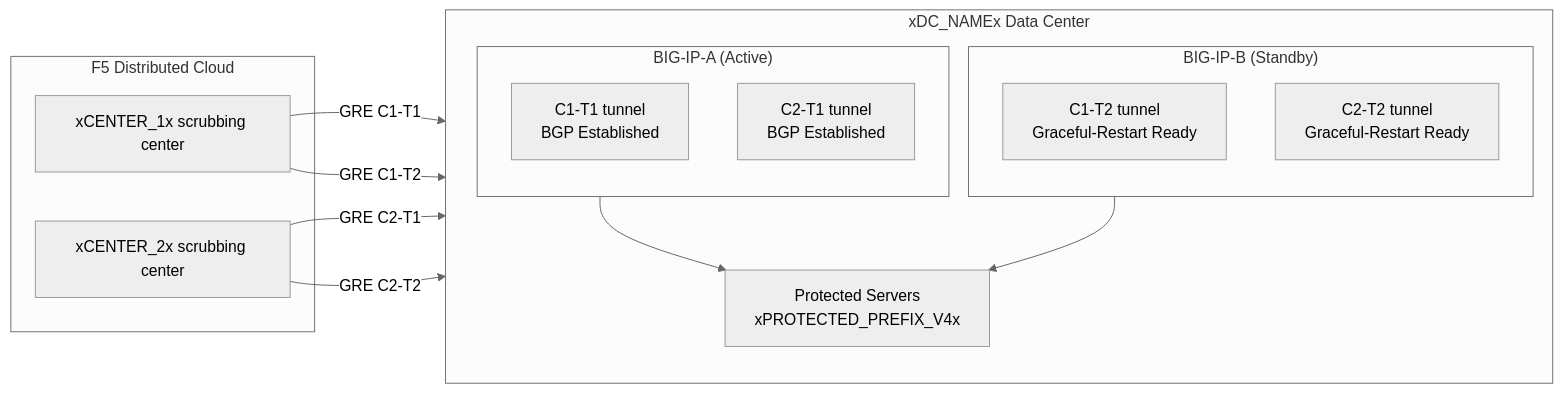
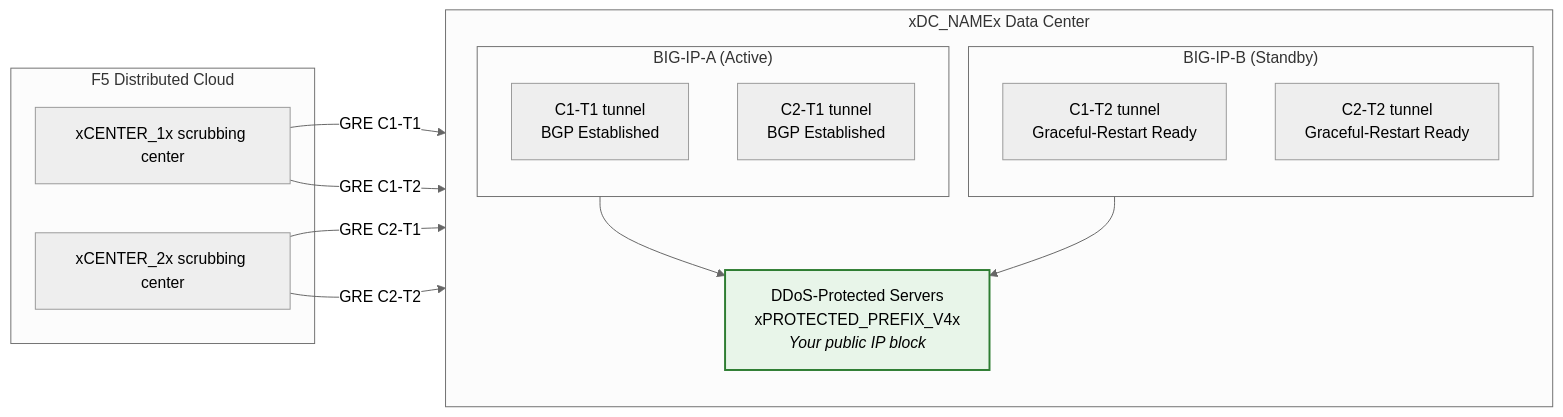
One commit to robinmordasiewicz/f5xc-bigip-ddos-gre changed the fourth of 4 diagrams in docs/index.md. Above: the diagram before and after it, drawn with Mermaid (neutral theme). The commit also changed other lines of this file and 1 other file, not shown here.

First line of the commit message:
docs: clarify DDoS-protected prefix configuration and BGP ASN defaults

````diff
--- a/docs/index.md
+++ b/docs/index.md
@@ -908,27 +934,29 @@
 ```mermaid
 flowchart LR
     subgraph F5XC["F5 Distributed Cloud"]
         C1["xCENTER_1x scrubbing center"]
         C2["xCENTER_2x scrubbing center"]
     end
 
     subgraph DC["xDC_NAMEx Data Center"]
         direction TB
         subgraph UNITA["BIG-IP-A (Active)"]
             A_C1["C1-T1 tunnel<br/>BGP Established"]
             A_C2["C2-T1 tunnel<br/>BGP Established"]
         end
         subgraph UNITB["BIG-IP-B (Standby)"]
             B_C1["C1-T2 tunnel<br/>Graceful-Restart Ready"]
             B_C2["C2-T2 tunnel<br/>Graceful-Restart Ready"]
         end
-        SERVERS["Protected Servers<br/>xPROTECTED_PREFIX_V4x"]
+        SERVERS["DDoS-Protected Servers<br/>xPROTECTED_PREFIX_V4x<br/><i>Your public IP block</i>"]
     end
 
     C1 -- "GRE C1-T1" --> A_C1
     C2 -- "GRE C2-T1" --> A_C2
     C1 -- "GRE C1-T2" --> B_C1
     C2 -- "GRE C2-T2" --> B_C2
     UNITA --> SERVERS
     UNITB --> SERVERS
+
+    style SERVERS fill:#e8f5e9,stroke:#2e7d32,stroke-width:2px
 ```
````
